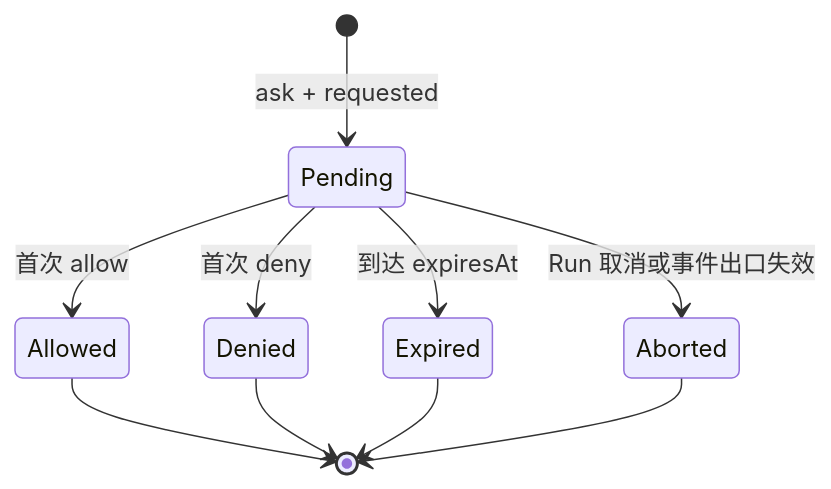
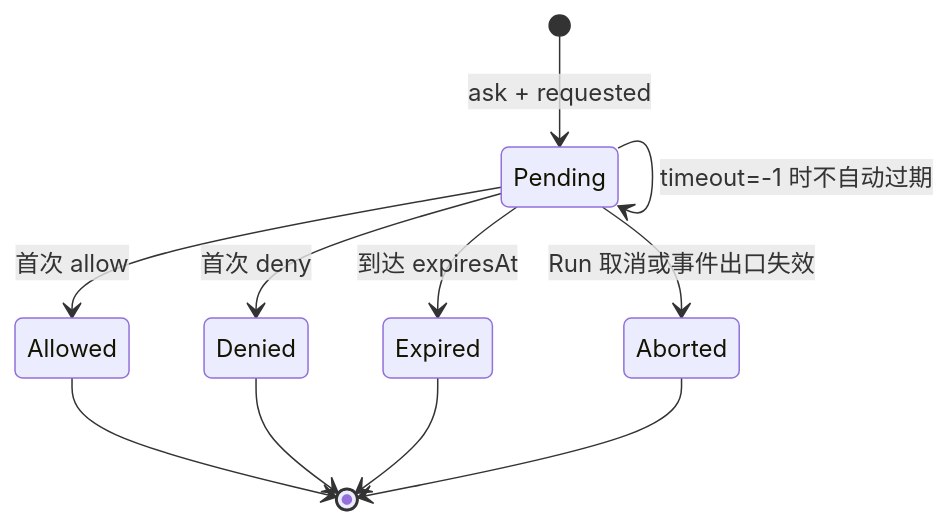
The second of 3 diagrams in docs/learning/tool-approval-flow.md (AlbertE1990/crafteHarness), drawn with Mermaid before and after one commit. The commit also changed other lines of this file and 21 other files, not shown here.

````diff
--- a/docs/learning/tool-approval-flow.md
+++ b/docs/learning/tool-approval-flow.md
@@ -194,12 +196,13 @@
 ```mermaid
 stateDiagram-v2
   [*] --> Pending: ask + requested
   Pending --> Allowed: 首次 allow
   Pending --> Denied: 首次 deny
   Pending --> Expired: 到达 expiresAt
+  Pending --> Pending: timeout=-1 时不自动过期
   Pending --> Aborted: Run 取消或事件出口失效
   Allowed --> [*]
   Denied --> [*]
   Expired --> [*]
   Aborted --> [*]
 ```
````
